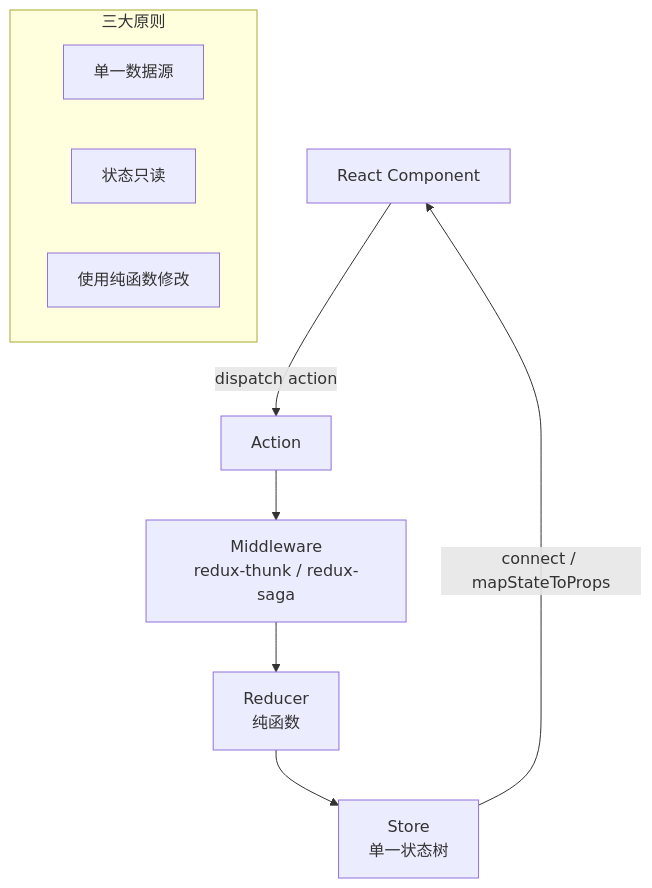
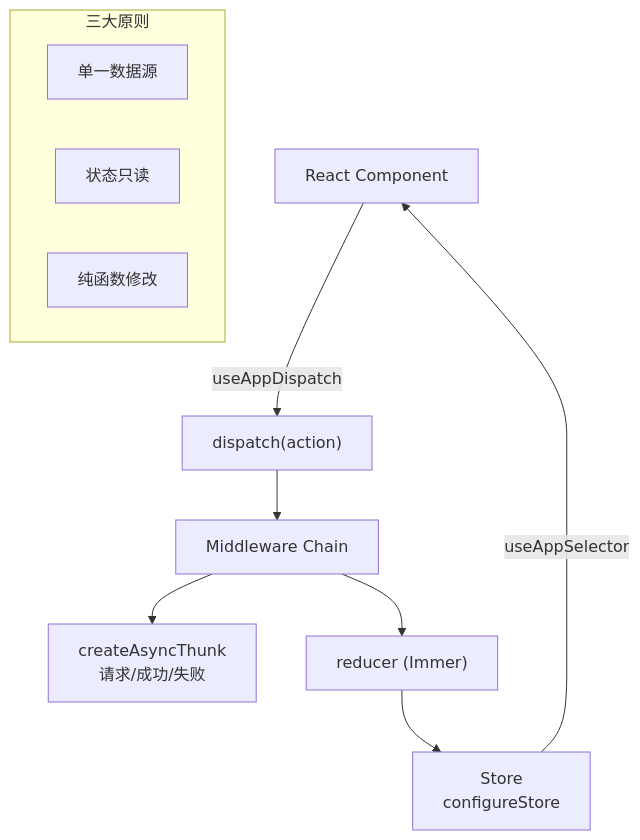
Before and after one commit to KMaybe01/common: diagram 20 of 29 in S2-框架深入/02-React19.md, drawn with Mermaid. The commit also changed other lines of this file and 7 other files, not shown here.

````diff
--- a/S2-框架深入/02-React19.md
+++ b/S2-框架深入/02-React19.md
@@ -1313,14 +1531,15 @@
 ```mermaid
 flowchart TD
-    A["React Component"] -->|dispatch action| B["Action"]
-    B --> C["Middleware<br/>redux-thunk / redux-saga"]
-    C --> D["Reducer<br/>纯函数"]
-    D --> E["Store<br/>单一状态树"]
-    E -->|connect / mapStateToProps| A
+    A["React Component"] -->|useAppDispatch| B["dispatch(action)"]
+    B --> C["Middleware Chain"]
+    C --> D["createAsyncThunk<br/>请求/成功/失败"]
+    C --> E["reducer (Immer)"]
+    E --> F["Store<br/>configureStore"]
+    F -->|useAppSelector| A
 
     subgraph 三大原则
         P1["单一数据源"]
         P2["状态只读"]
-        P3["使用纯函数修改"]
+        P3["纯函数修改"]
     end
 ```
````
